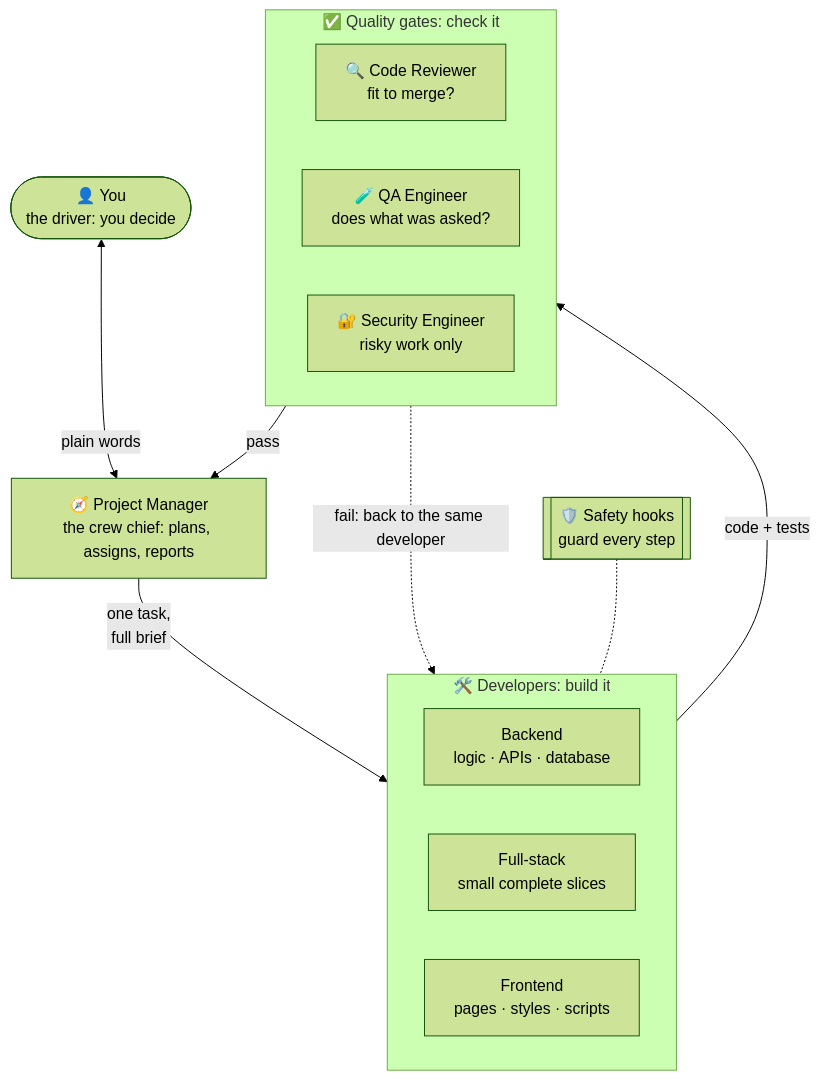
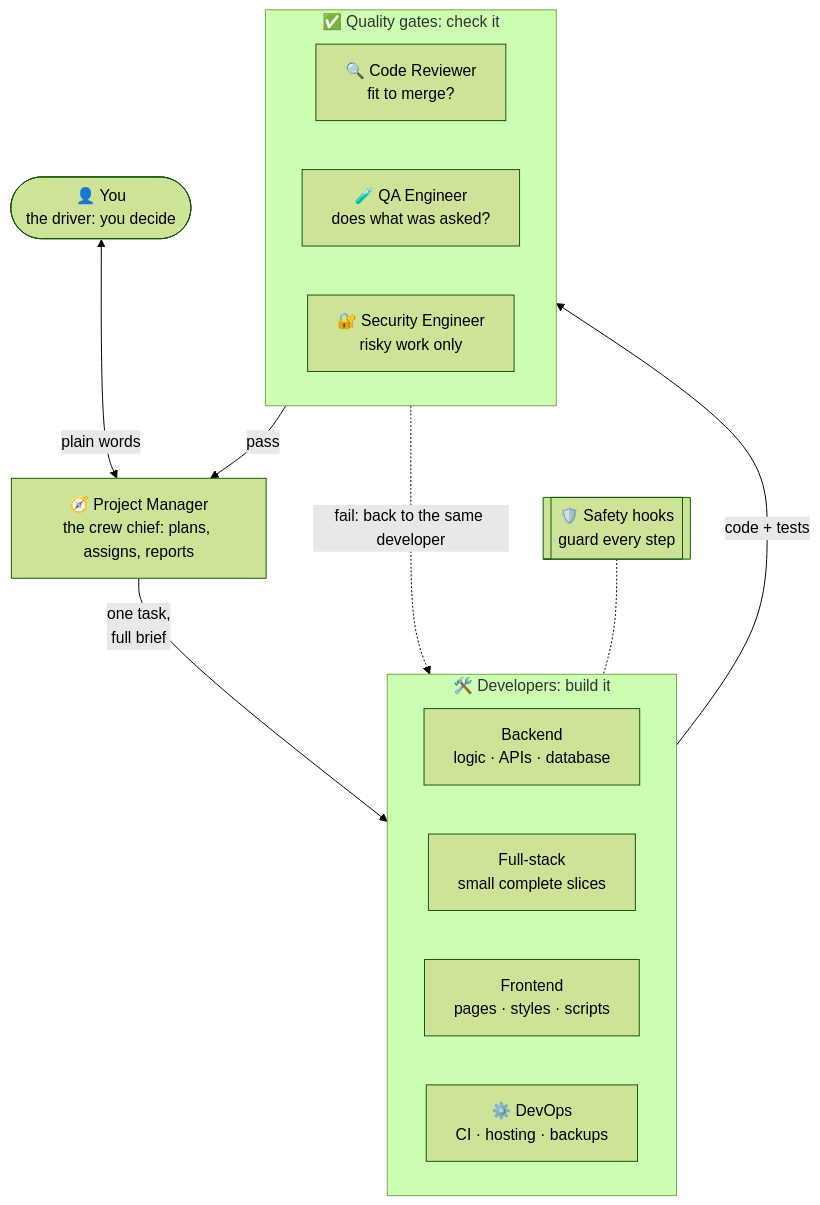
Before and after one commit to pitcrew-dev/pitcrew: the first of 4 diagrams in README.md, drawn with Mermaid (forest theme). The commit also changed other lines of this file and 5 other files, not shown here.

````diff
--- a/README.md
+++ b/README.md
@@ -57,28 +57,29 @@
 ```mermaid
 flowchart TD
     YOU(["👤 You<br/>the driver: you decide"])
     PM["🧭 Project Manager<br/>the crew chief: plans, assigns, reports"]
 
     subgraph BUILD ["🛠️ Developers: build it"]
         direction LR
         BE["Backend<br/>logic · APIs · database"]
         FS["Full-stack<br/>small complete slices"]
         FE["Frontend<br/>pages · styles · scripts"]
+        DO["⚙️ DevOps<br/>CI · hosting · backups"]
     end
 
     subgraph CHECK ["✅ Quality gates: check it"]
         direction LR
         CR["🔍 Code Reviewer<br/>fit to merge?"]
         QA["🧪 QA Engineer<br/>does what was asked?"]
         SE["🔐 Security Engineer<br/>risky work only"]
     end
 
     HOOKS[["🛡️ Safety hooks<br/>guard every step"]]
 
     YOU <-->|"plain words"| PM
     PM -->|"one task,<br/>full brief"| BUILD
     BUILD -->|"code + tests"| CHECK
     CHECK -->|"pass"| PM
     CHECK -.->|"fail: back to the same developer"| BUILD
     HOOKS -.- BUILD
 ```
````
